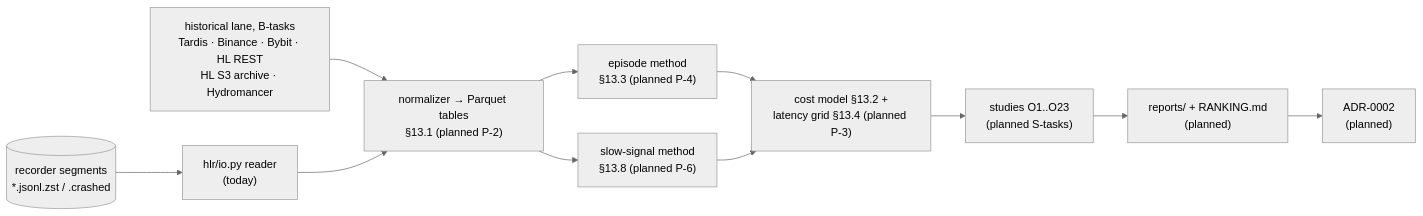
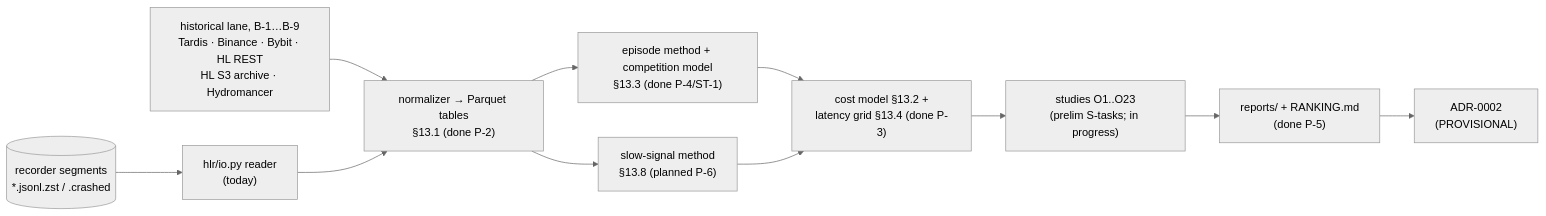
One commit to garyb9/mev-bot changed the fourth of 4 diagrams in docs/ARCHITECTURE.md. Above: the diagram before and after it, drawn with Mermaid (neutral theme). The commit also changed other lines of this file and 9 other files, not shown here.

````diff
--- a/docs/ARCHITECTURE.md
+++ b/docs/ARCHITECTURE.md
@@ -261,13 +264,13 @@
 ```mermaid
 flowchart LR
   Seg[("recorder segments<br/>*.jsonl.zst / .crashed")] --> Reader["hlr/io.py reader<br/>(today)"]
-  Backfill["historical lane, B-tasks<br/>Tardis · Binance · Bybit · HL REST<br/>HL S3 archive · Hydromancer"] --> Norm
-  Reader --> Norm["normalizer → Parquet tables<br/>§13.1 (planned P-2)"]
-  Norm --> Ep["episode method<br/>§13.3 (planned P-4)"]
+  Backfill["historical lane, B-1…B-9<br/>Tardis · Binance · Bybit · HL REST<br/>HL S3 archive · Hydromancer"] --> Norm
+  Reader --> Norm["normalizer → Parquet tables<br/>§13.1 (done P-2)"]
+  Norm --> Ep["episode method + competition model<br/>§13.3 (done P-4/ST-1)"]
   Norm --> Slow["slow-signal method<br/>§13.8 (planned P-6)"]
-  Ep --> Cost["cost model §13.2 +<br/>latency grid §13.4 (planned P-3)"]
+  Ep --> Cost["cost model §13.2 +<br/>latency grid §13.4 (done P-3)"]
   Slow --> Cost
-  Cost --> Studies["studies O1..O23<br/>(planned S-tasks)"]
-  Studies --> Reports["reports/ + RANKING.md<br/>(planned)"]
-  Reports --> ADR["ADR-0002<br/>(planned)"]
+  Cost --> Studies["studies O1..O23<br/>(prelim S-tasks; in progress)"]
+  Studies --> Reports["reports/ + RANKING.md<br/>(done P-5)"]
+  Reports --> ADR["ADR-0002<br/>(PROVISIONAL)"]
 ```
````
